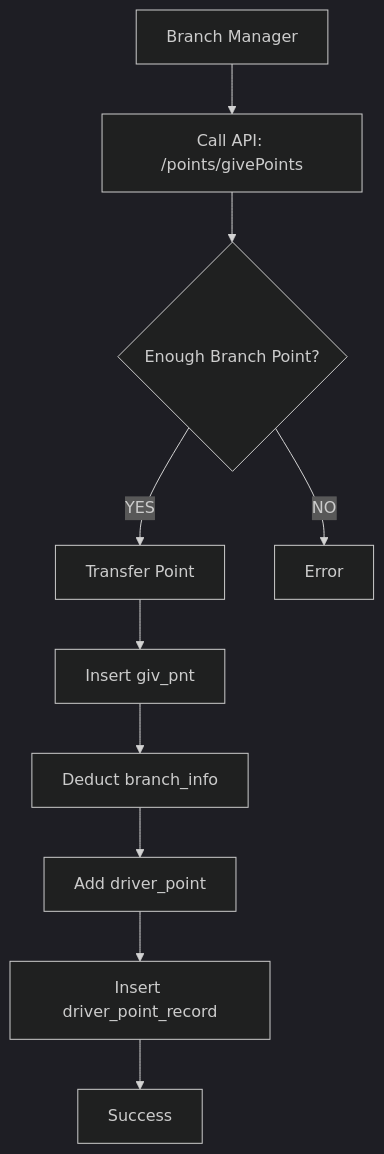
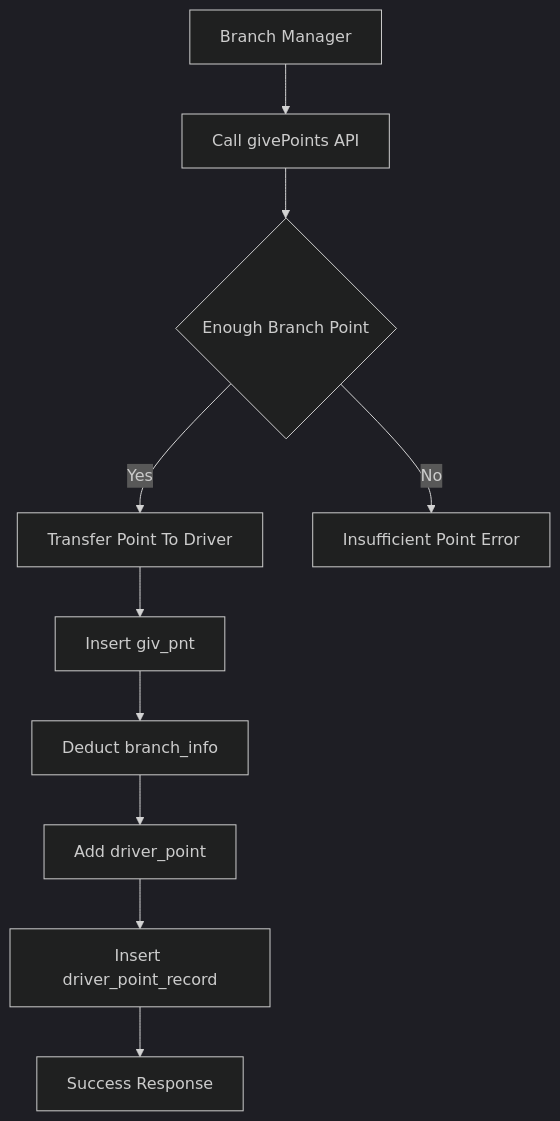
The second of 6 diagrams in Point_Flow.md (KSW-IT/point-flow-documentation), drawn with Mermaid (dark theme) before and after one commit. The commit also changed other lines of this file, not shown here.

````diff
--- a/Point_Flow.md
+++ b/Point_Flow.md
@@ -55,22 +126,22 @@
 ```mermaid
 flowchart TD
 
     A[Branch Manager]
-    --> B[Call API: /points/givePoints]
+    --> B[Call givePoints API]
 
-    B --> C{Enough Branch Point?}
+    B --> C{Enough Branch Point}
 
-    C -->|YES| D[Transfer Point]
+    C -->|Yes| D[Transfer Point To Driver]
 
     D --> E[Insert giv_pnt]
 
     E --> F[Deduct branch_info]
 
     F --> G[Add driver_point]
 
     G --> H[Insert driver_point_record]
 
-    H --> I[Success]
+    H --> I[Success Response]
 
-    C -->|NO| J[Error]
+    C -->|No| J[Insufficient Point Error]
 ```
````
